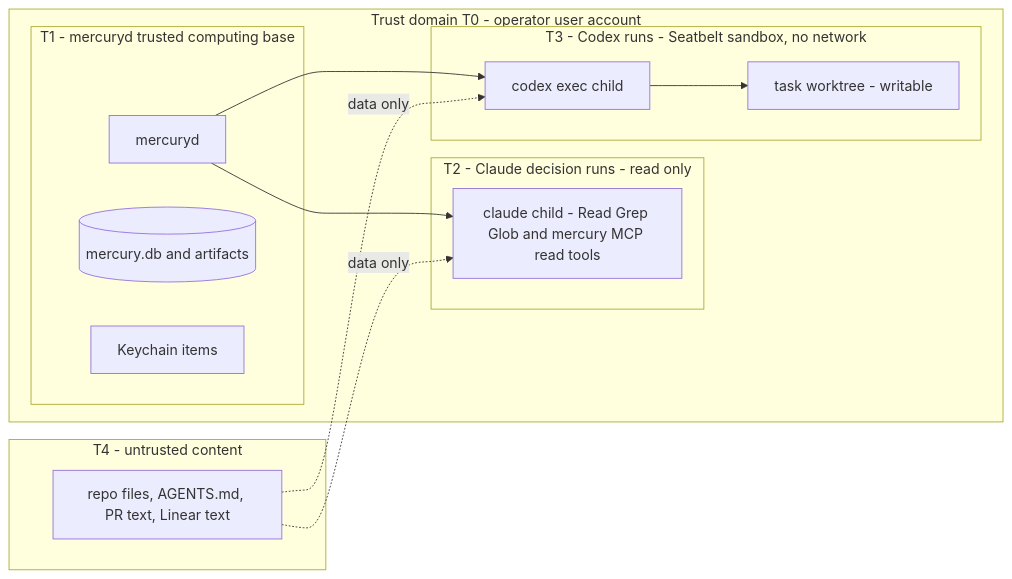
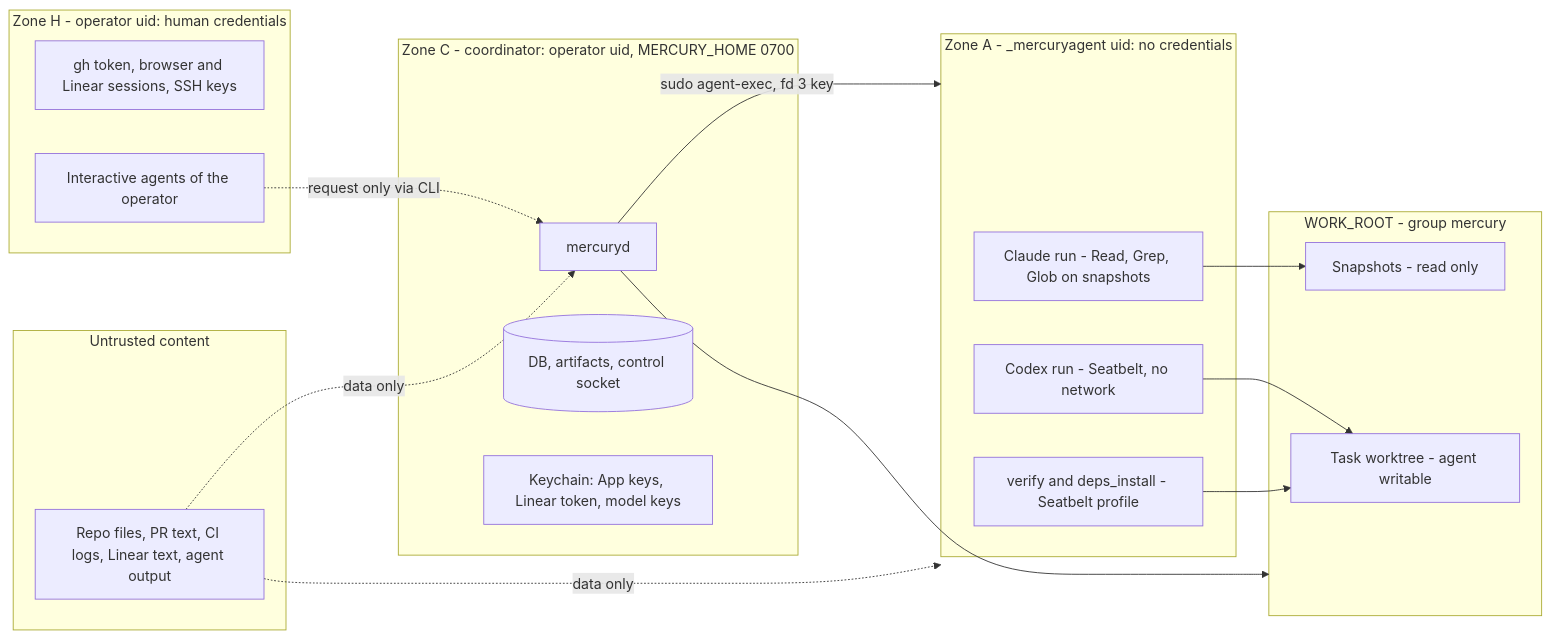
Before and after one commit to usjbro/Project-Mercury: the third of 4 diagrams in docs/mercury/architecture/overview.md, drawn with Mermaid. The commit also changed other lines of this file and 28 other files, not shown here.

First line of the commit message:
docs(mercury): phase 4 threat model revision (agent E)

````diff
--- a/docs/mercury/architecture/overview.md
+++ b/docs/mercury/architecture/overview.md
@@ -216,25 +256,33 @@
 ```mermaid
 flowchart LR
-    subgraph T0["Trust domain T0 - operator user account"]
-        subgraph T1["T1 - mercuryd trusted computing base"]
-            MD2["mercuryd"]
-            DB2[("mercury.db and artifacts")]
-            KC2["Keychain items"]
-        end
-        subgraph T2["T2 - Claude decision runs - read only"]
-            CLD["claude child - Read Grep Glob and mercury MCP read tools"]
-        end
-        subgraph T3["T3 - Codex runs - Seatbelt sandbox, no network"]
-            CXD["codex exec child"]
-            WTD["task worktree - writable"]
-        end
+    subgraph H["Zone H - operator uid: human credentials"]
+        HC["gh token, browser and Linear sessions, SSH keys"]
+        IA["Interactive agents of the operator"]
     end
-    subgraph T4["T4 - untrusted content"]
-        RC["repo files, AGENTS.md, PR text, Linear text"]
+    subgraph C["Zone C - coordinator: operator uid, MERCURY_HOME 0700"]
+        MD3["mercuryd"]
+        DB3[("DB, artifacts, control socket")]
+        KC3["Keychain: App keys, Linear token, model keys"]
     end
-    MD2 --> CLD
-    MD2 --> CXD
-    CXD --> WTD
-    RC -.->|data only| CLD
-    RC -.->|data only| CXD
+    subgraph A["Zone A - _mercuryagent uid: no credentials"]
+        CL3["Claude run - Read, Grep, Glob on snapshots"]
+        CX3["Codex run - Seatbelt, no network"]
+        VR3["verify and deps_install - Seatbelt profile"]
+    end
+    subgraph WRZ["WORK_ROOT - group mercury"]
+        WT3["Task worktree - agent writable"]
+        SN3["Snapshots - read only"]
+    end
+    subgraph U["Untrusted content"]
+        RC3["Repo files, PR text, CI logs, Linear text, agent output"]
+    end
+
+    MD3 -->|sudo agent-exec, fd 3 key| A
+    MD3 --> WRZ
+    CX3 --> WT3
+    CL3 --> SN3
+    VR3 --> WT3
+    IA -.->|request only via CLI| MD3
+    RC3 -.->|data only| A
+    RC3 -.->|data only| MD3
 ```
````
